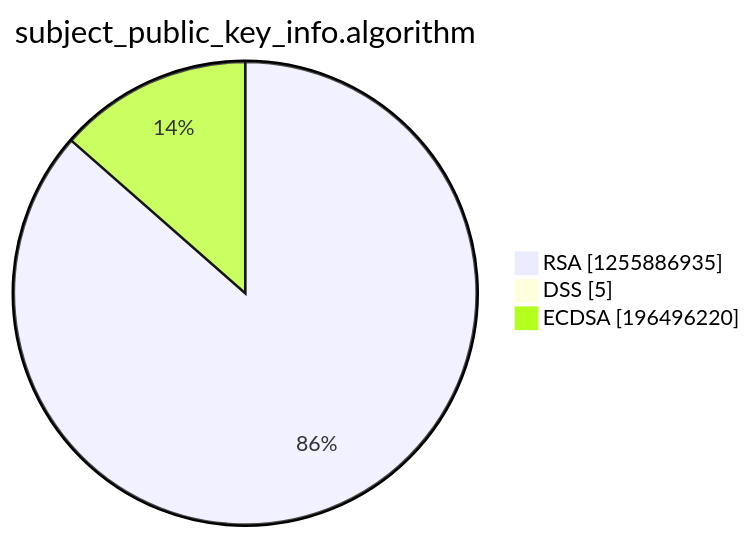
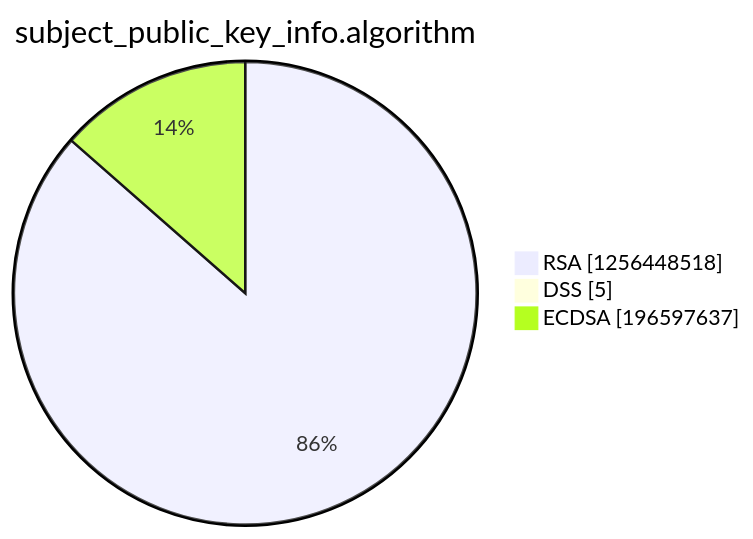
The third of 15 diagrams in argon2022/README.md (christiankrug/ctmonitor_visualization), drawn with Mermaid before and after one commit. The commit also changed other lines of this file, not shown here.

````diff
--- a/argon2022/README.md
+++ b/argon2022/README.md
@@ -14,7 +14,7 @@
 ```mermaid
 pie showData
 title subject_public_key_info.algorithm
-"RSA" :1255886935
+"RSA" :1256448518
 "DSS" :5
-"ECDSA" :196496220
+"ECDSA" :196597637
 ```
````
